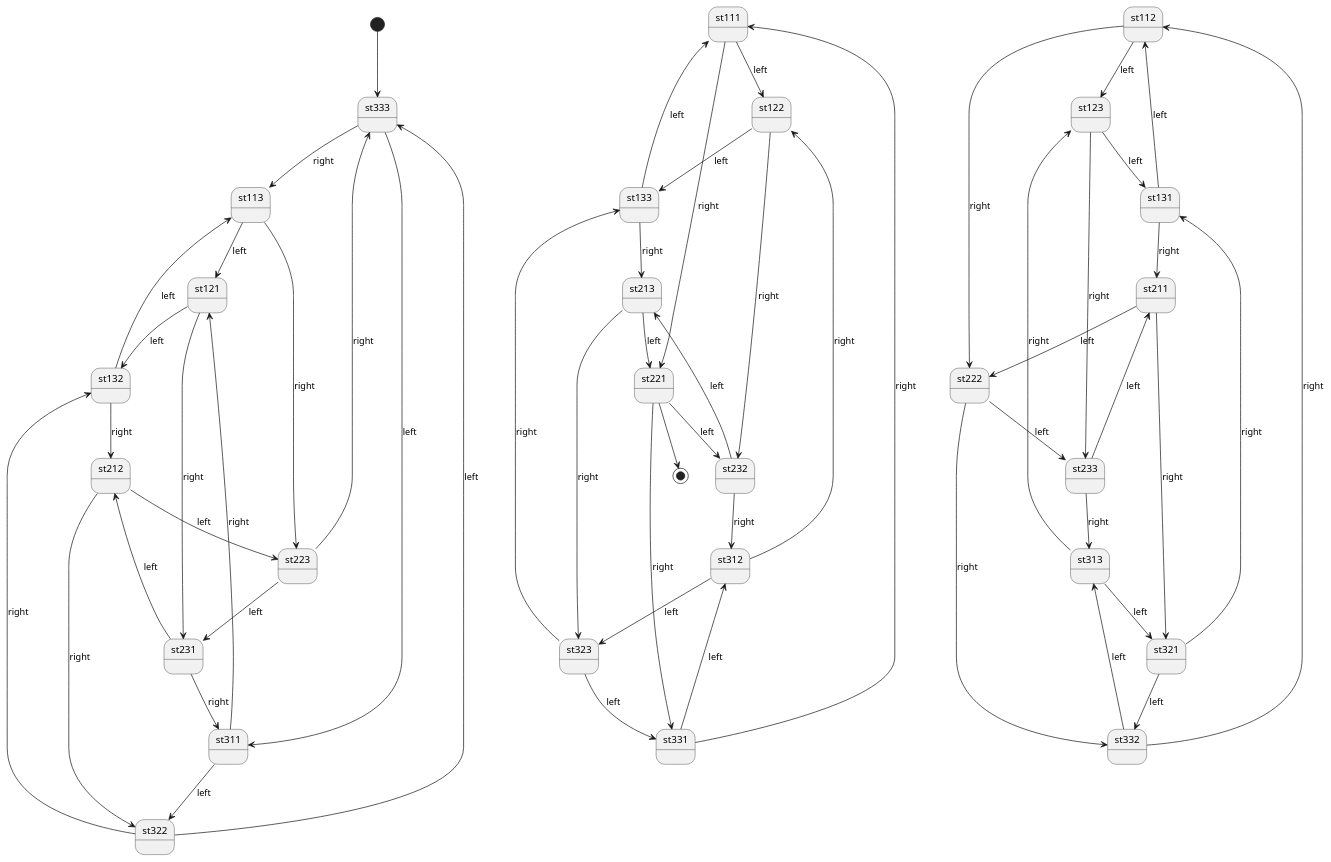
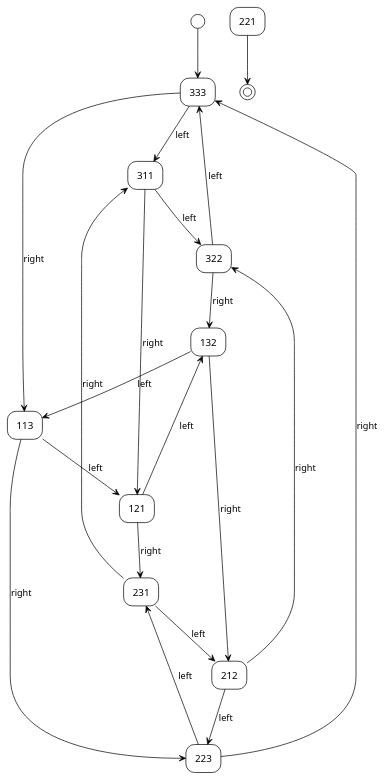
The diagram in zettelkasten/20210831002919/diagram.puml (recfab/repo42), drawn with PlantUML before and after one commit. The commit also changed 2 other files, not shown here.

```diff
--- a/zettelkasten/20210831002919/diagram.puml
+++ b/zettelkasten/20210831002919/diagram.puml
@@ -1,58 +1,24 @@
 @startuml
-[*] --> st333
-st111 --> st122 : left
-st112 --> st123 : left
-st113 --> st121 : left
-st121 --> st132 : left
-st122 --> st133 : left
-st123 --> st131 : left
-st131 --> st112 : left
-st132 --> st113 : left
-st133 --> st111 : left
-st211 --> st222 : left
-st212 --> st223 : left
-st213 --> st221 : left
-st221 --> st232 : left
-st222 --> st233 : left
-st223 --> st231 : left
-st231 --> st212 : left
-st232 --> st213 : left
-st233 --> st211 : left
-st311 --> st322 : left
-st312 --> st323 : left
-st313 --> st321 : left
-st321 --> st332 : left
-st322 --> st333 : left
-st323 --> st331 : left
-st331 --> st312 : left
-st332 --> st313 : left
-st333 --> st311 : left
-st111 --> st221 : right
-st112 --> st222 : right
-st113 --> st223 : right
-st121 --> st231 : right
-st122 --> st232 : right
-st123 --> st233 : right
-st131 --> st211 : right
-st132 --> st212 : right
-st133 --> st213 : right
-st211 --> st321 : right
-st212 --> st322 : right
-st213 --> st323 : right
-st221 --> st331 : right
-st222 --> st332 : right
-st223 --> st333 : right
-st231 --> st311 : right
-st232 --> st312 : right
-st233 --> st313 : right
-st311 --> st121 : right
-st312 --> st122 : right
-st313 --> st123 : right
-st321 --> st131 : right
-st322 --> st132 : right
-st323 --> st133 : right
-st331 --> st111 : right
-st332 --> st112 : right
-st333 --> st113 : right
-st221 --> [*]
+hide empty description
+!theme plain
+[*] --> 333
+333 --> 311: left
+311 --> 322: left
+322 --> 333: left
+322 --> 132: right
+132 --> 113: left
+113 --> 121: left
+121 --> 132: left
+121 --> 231: right
+231 --> 212: left
+212 --> 223: left
+223 --> 231: left
+223 --> 333: right
+212 --> 322: right
+231 --> 311: right
+113 --> 223: right
+132 --> 212: right
+311 --> 121: right
+333 --> 113: right
+221 --> [*]
 @enduml
```
